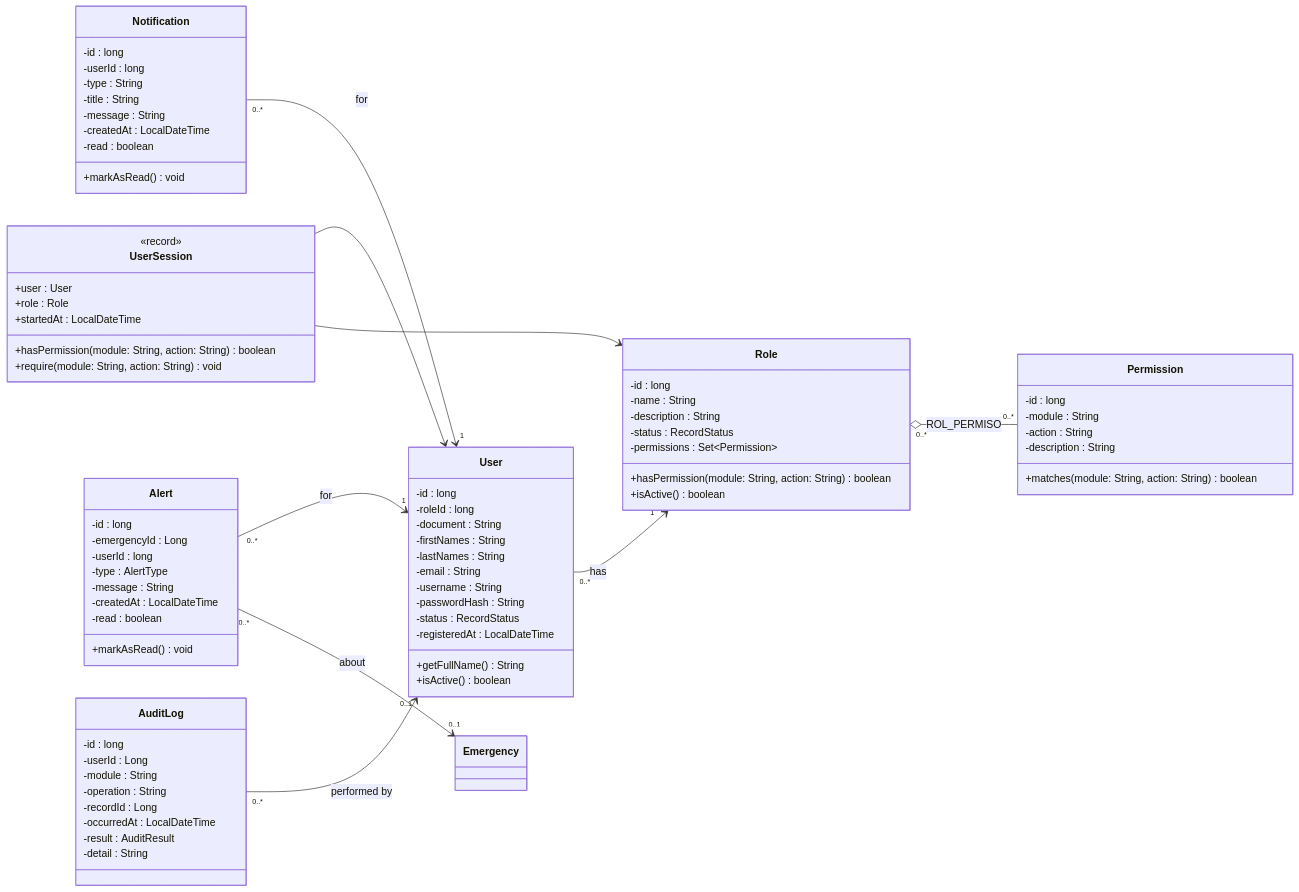
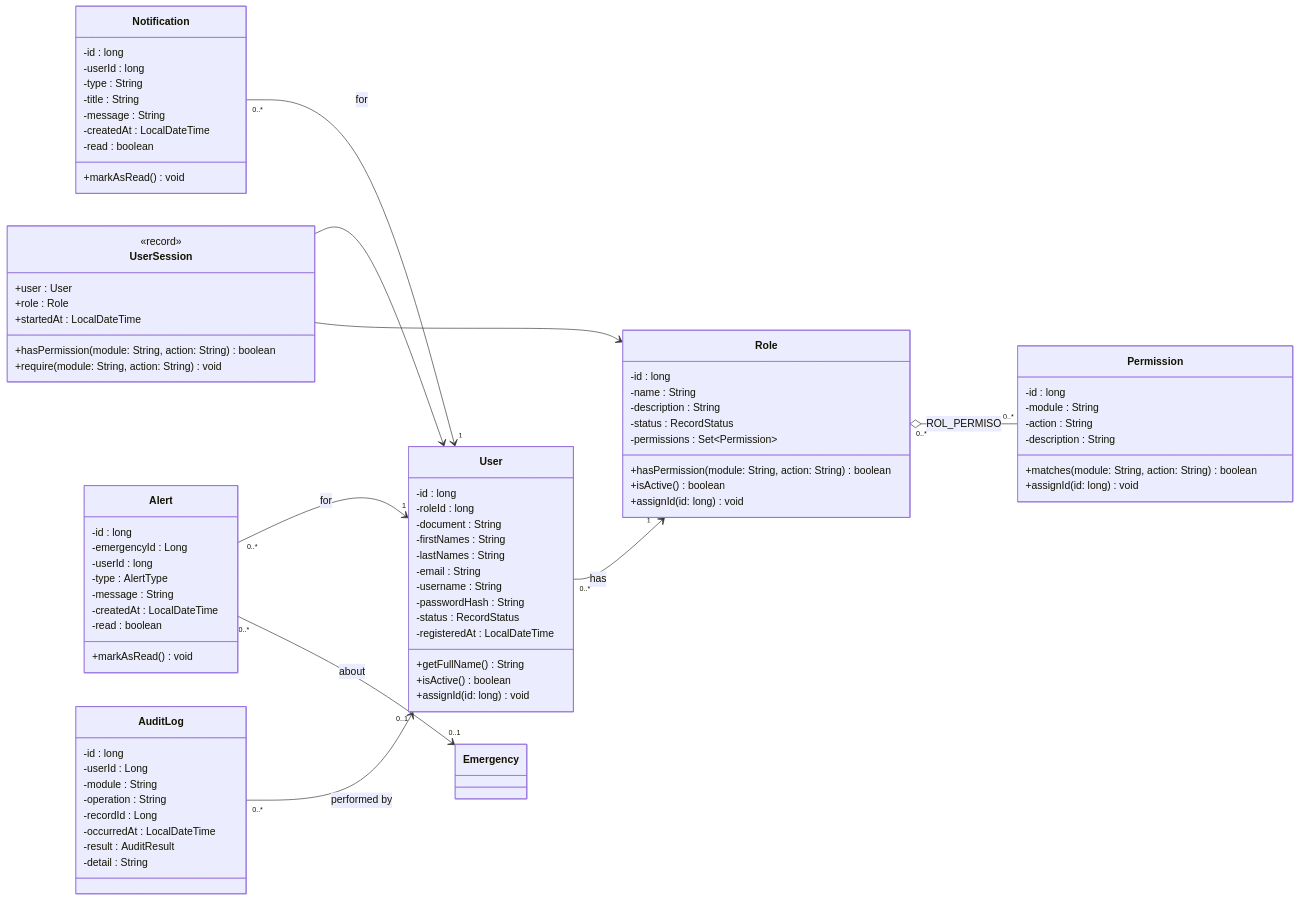
Before and after one commit to afzabaleta/RutaVida: the third of 22 diagrams in docs/class-diagram.md, drawn with Mermaid. The commit also changed other lines of this file and 2 other files, not shown here.

Commit message:
docs: sync-class-diagram-and-session-validation

```diff
--- a/docs/class-diagram.md
+++ b/docs/class-diagram.md
@@ -138,6 +138,7 @@
         -permissions : Set~Permission~
         +hasPermission(module: String, action: String) boolean
         +isActive() boolean
+        +assignId(id: long) void
     }
     class Permission {
         -id : long
@@ -145,6 +146,7 @@
         -action : String
         -description : String
         +matches(module: String, action: String) boolean
+        +assignId(id: long) void
     }
     class User {
         -id : long
@@ -159,6 +161,7 @@
         -registeredAt : LocalDateTime
         +getFullName() String
         +isActive() boolean
+        +assignId(id: long) void
     }
     class Alert {
         -id : long
```
